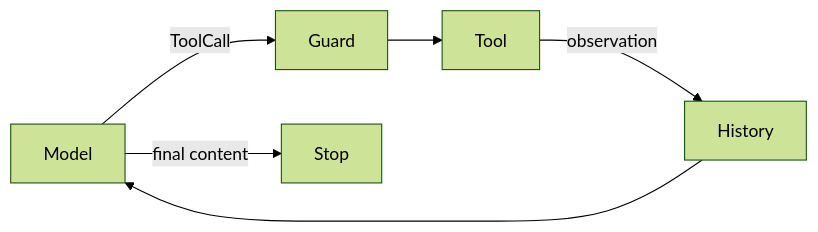
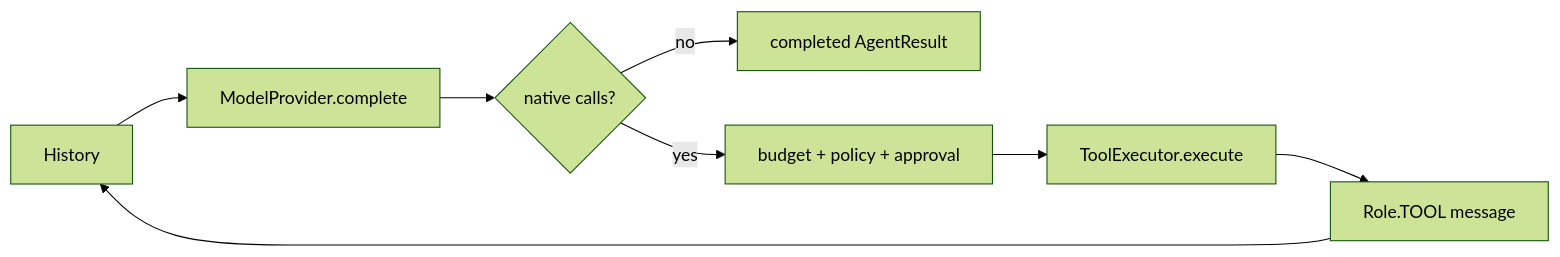
The first of 2 diagrams in docs/course/concepts/react.md (levalencia/archon), drawn with Mermaid (forest theme) before and after one commit. The commit also changed other lines of this file and 10 other files, not shown here.

````diff
--- a/docs/course/concepts/react.md
+++ b/docs/course/concepts/react.md
@@ -7,8 +24,10 @@
 ```mermaid
 flowchart LR
-  Model -->|ToolCall| Guard
-  Guard --> Tool
-  Tool -->|observation| History
-  History --> Model
-  Model -->|final content| Stop
+  History --> Model[ModelProvider.complete]
+  Model --> Decision{native calls?}
+  Decision -->|no| Final[completed AgentResult]
+  Decision -->|yes| Guard[budget + policy + approval]
+  Guard --> Tool[ToolExecutor.execute]
+  Tool --> Observation[Role.TOOL message]
+  Observation --> History
 ```
````
